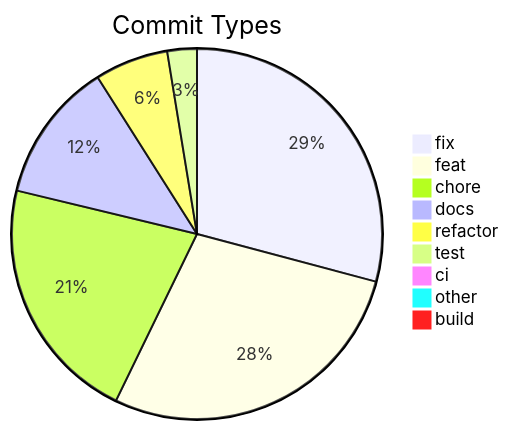
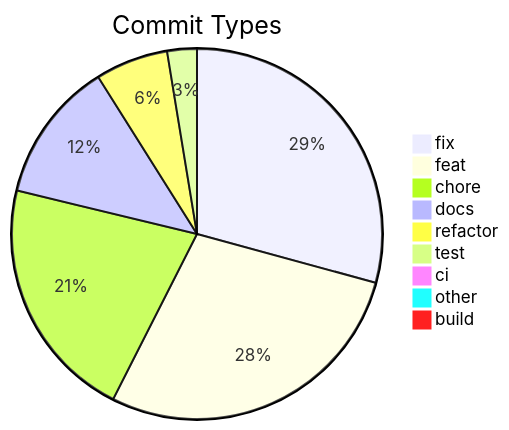
Before and after one commit to svenroth-ai/shipwright: the diagram in .shipwright/compliance/change-history.md, drawn with Mermaid. The commit also changed other lines of this file and 9 other files, not shown here.

````diff
--- a/.shipwright/compliance/change-history.md
+++ b/.shipwright/compliance/change-history.md
@@ -9,12 +9,12 @@
 ```mermaid
 pie title Commit Types
     "fix" : 350
-    "feat" : 337
-    "chore" : 259
+    "feat" : 338
+    "chore" : 255
     "docs" : 147
-    "refactor" : 77
+    "refactor" : 76
     "test" : 31
     "ci" : 11
     "other" : 9
     "build" : 1
 ```
````
